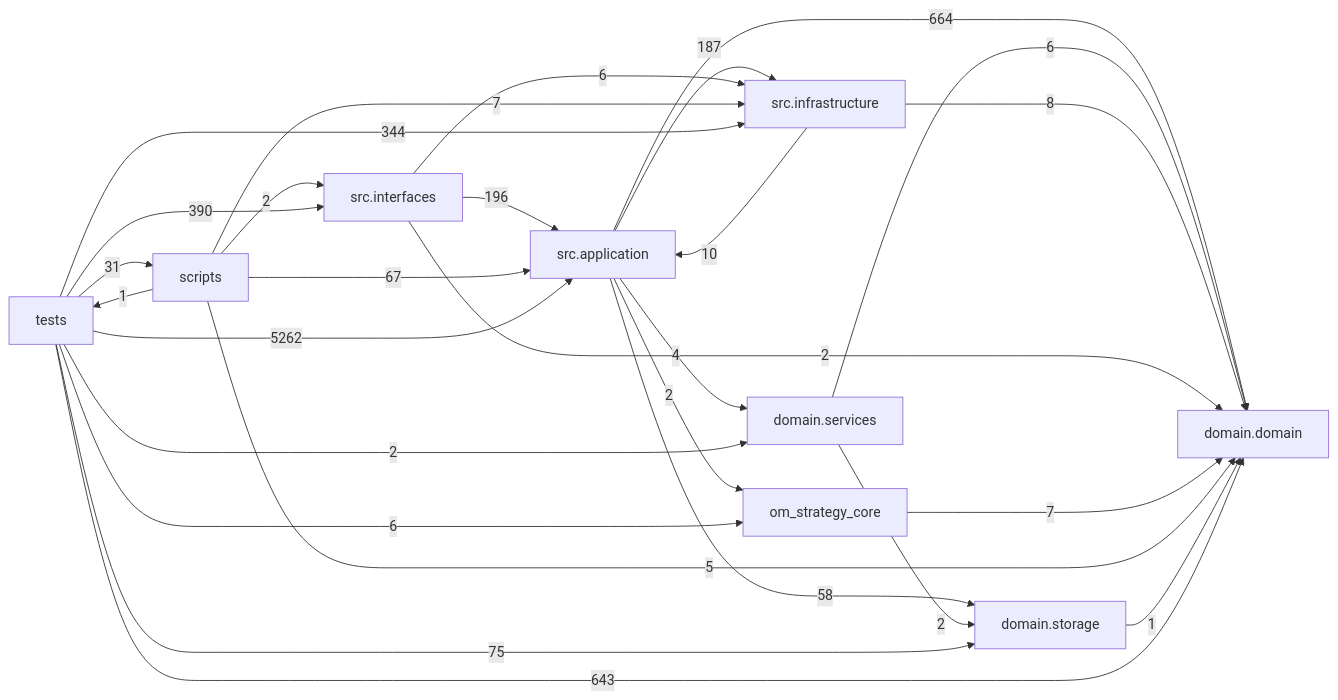
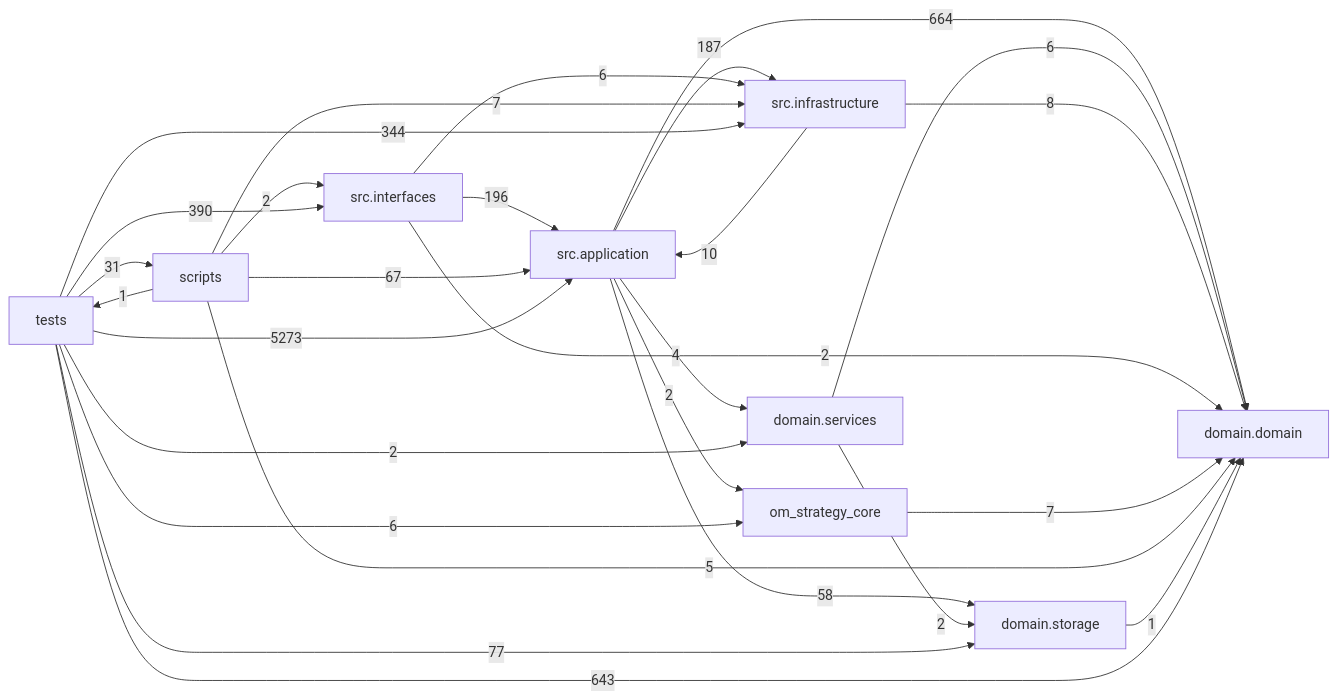
One commit to liuxie066/options-monitor changed the diagram in docs/DEPENDENCY_GRAPH.md. Above: the diagram before and after it, drawn with Mermaid. The commit also changed other lines of this file and 6 other files, not shown here.

````diff
--- a/docs/DEPENDENCY_GRAPH.md
+++ b/docs/DEPENDENCY_GRAPH.md
@@ -24,38 +24,38 @@
 ```mermaid
 flowchart LR
   tests["tests"]
   scripts["scripts"]
   interfaces["src.interfaces"]
   application["src.application"]
   infrastructure["src.infrastructure"]
   domain_services["domain.services"]
   domain["domain.domain"]
   storage["domain.storage"]
   application -->|664| domain
   application -->|4| domain_services
   application -->|187| infrastructure
   application -->|2| om_strategy_core
   application -->|58| storage
   domain_services -->|6| domain
   domain_services -->|2| storage
   infrastructure -->|10| application
   infrastructure -->|8| domain
   interfaces -->|196| application
   interfaces -->|2| domain
   interfaces -->|6| infrastructure
   om_strategy_core -->|7| domain
   scripts -->|67| application
   scripts -->|5| domain
   scripts -->|7| infrastructure
   scripts -->|2| interfaces
   scripts -->|1| tests
   storage -->|1| domain
-  tests -->|5262| application
+  tests -->|5273| application
   tests -->|643| domain
   tests -->|2| domain_services
   tests -->|344| infrastructure
   tests -->|390| interfaces
   tests -->|6| om_strategy_core
   tests -->|31| scripts
-  tests -->|75| storage
+  tests -->|77| storage
 ```
````
